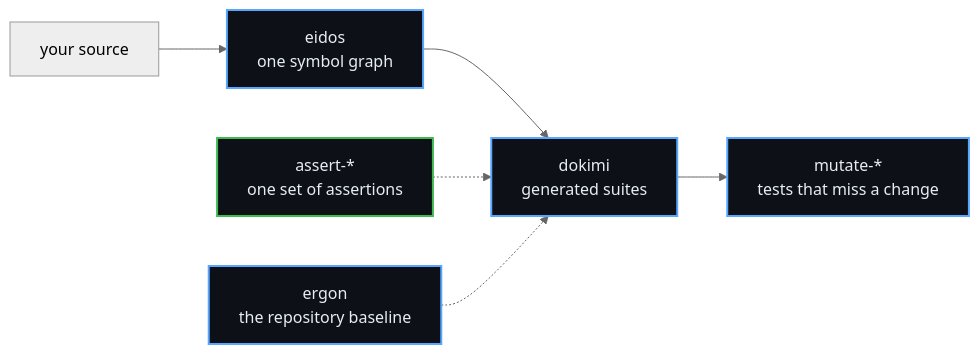
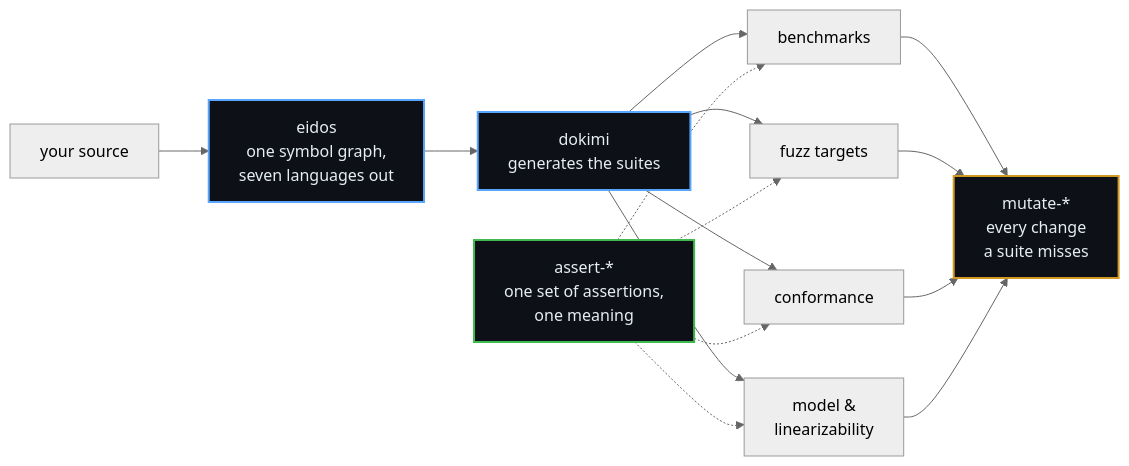
One commit to dokimasia/.github changed the diagram in profile/README.md. Above: the diagram before and after it, drawn with Mermaid (neutral theme). The commit also changed other lines of this file, not shown here.

````diff
--- a/profile/README.md
+++ b/profile/README.md
@@ -70,13 +40,27 @@
 ```mermaid
 flowchart LR
-    S["your source"] --> E["eidos<br/>one symbol graph"]
-    E --> D["dokimi<br/>generated suites"]
-    A["assert-*<br/>one set of assertions"] -.-> D
-    D --> M["mutate-*<br/>tests that miss a change"]
-    G["ergon<br/>the repository baseline"] -.-> D
+    S["your source"] --> E
+
+    E["eidos<br/>one symbol graph,<br/>seven languages out"] --> D
+    D["dokimi<br/>generates the suites"] --> B["benchmarks"]
+    D --> F["fuzz targets"]
+    D --> C["conformance"]
+    D --> M["model &<br/>linearizability"]
+
+    A["assert-*<br/>one set of assertions,<br/>one meaning"] -.-> B
+    A -.-> F
+    A -.-> C
+    A -.-> M
+
+    B --> X["mutate-*<br/>every change<br/>a suite misses"]
+    F --> X
+    C --> X
+    M --> X
 
     classDef ours fill:#0d1117,stroke:#58a6ff,stroke-width:2px,color:#e6edf3
     classDef asserts fill:#0d1117,stroke:#3fb950,stroke-width:2px,color:#e6edf3
-    class E,D,M,G ours
+    classDef out fill:#0d1117,stroke:#d29922,stroke-width:2px,color:#e6edf3
+    class E,D ours
     class A asserts
+    class X out
 ```
````
